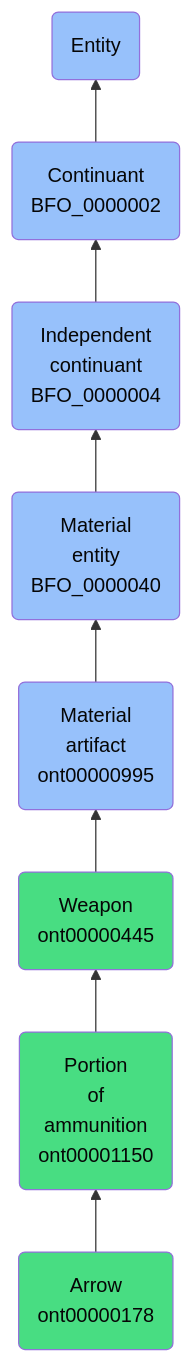
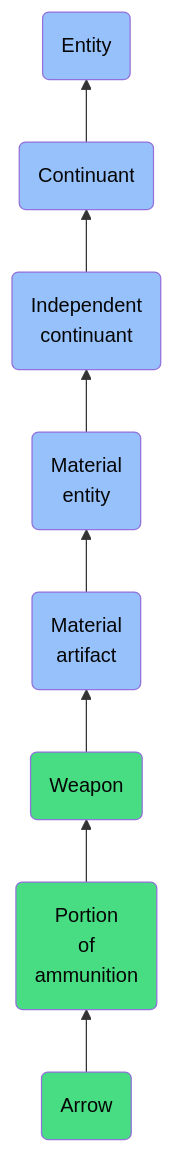
One commit to jupyter-naas/abi changed the diagram in docs/ontology/reference/model/Entity/Continuant/Independent continuant/Material entity/Material artifact/Weapon/Portion of ammunition/Arrow/Arrow.md. Above: the diagram before and after it, drawn with Mermaid. The commit also changed other lines of this file and 1430 other files, not shown here.

````diff
--- a/docs/ontology/reference/model/Entity/Continuant/Independent continuant/Material entity/Material artifact/Weapon/Portion of ammunition/Arrow/Arrow.md
+++ b/docs/ontology/reference/model/Entity/Continuant/Independent continuant/Material entity/Material artifact/Weapon/Portion of ammunition/Arrow/Arrow.md
@@ -24,15 +24,15 @@
 ```mermaid
 graph BT
-    ont00000178(Arrow<br>ont00000178):::ABI-->ont00001150
-    ont00001150(Portion<br>of<br>ammunition<br>ont00001150):::ABI-->ont00000445
-    ont00000445(Weapon<br>ont00000445):::ABI-->ont00000995
-    ont00000995(Material<br>artifact<br>ont00000995):::BFO-->BFO_0000040
-    BFO_0000040(Material<br>entity<br>BFO_0000040):::BFO-->BFO_0000004
-    BFO_0000004(Independent<br>continuant<br>BFO_0000004):::BFO-->BFO_0000002
-    BFO_0000002(Continuant<br>BFO_0000002):::BFO-->BFO_0000001
+    ont00000178(Arrow):::ABI-->ont00001150
+    ont00001150(Portion<br>of<br>ammunition):::ABI-->ont00000445
+    ont00000445(Weapon):::ABI-->ont00000995
+    ont00000995(Material<br>artifact):::BFO-->BFO_0000040
+    BFO_0000040(Material<br>entity):::BFO-->BFO_0000004
+    BFO_0000004(Independent<br>continuant):::BFO-->BFO_0000002
+    BFO_0000002(Continuant):::BFO-->BFO_0000001
     BFO_0000001(Entity):::BFO
     
     classDef BFO fill:#97c1fb,color:#060606
     classDef CCO fill:#e4c51e,color:#060606
     classDef ABI fill:#48DD82,color:#060606
 ```
````
